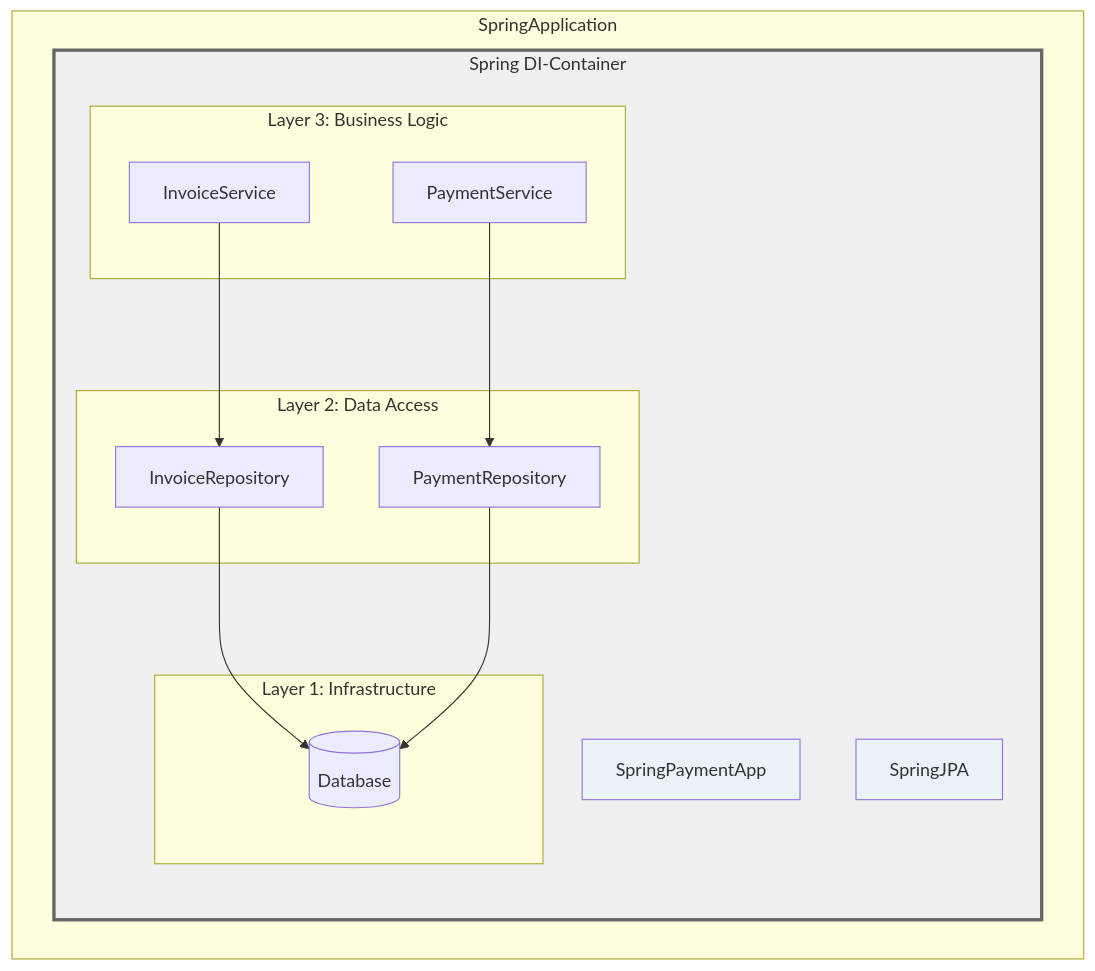
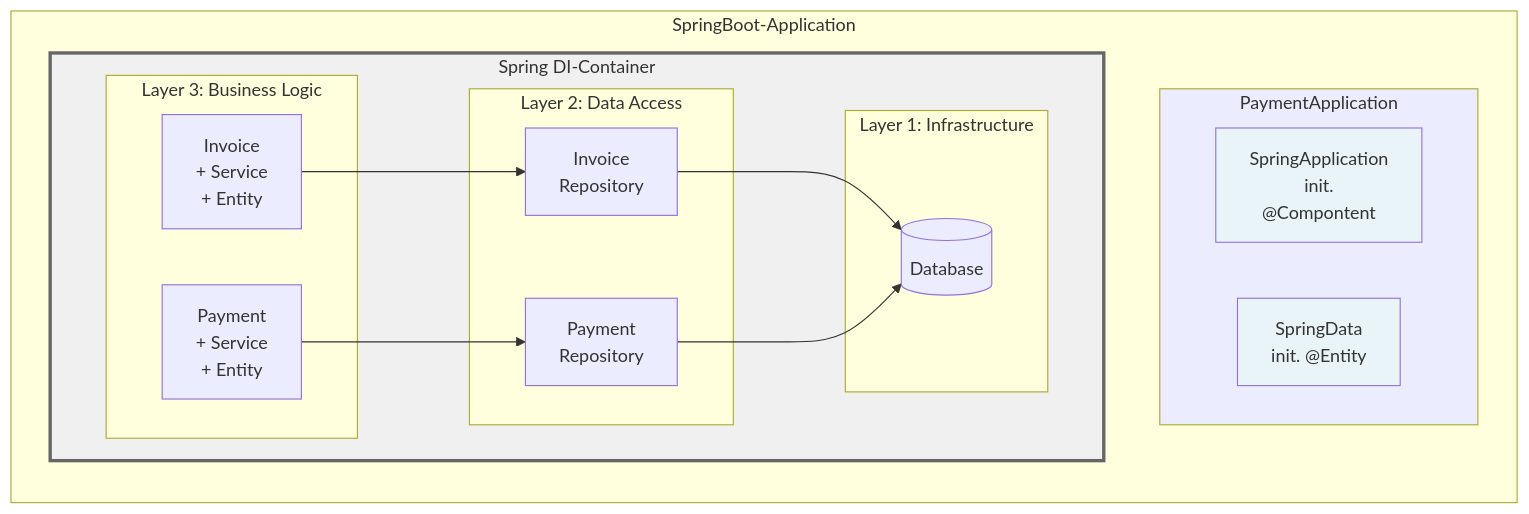
Before and after one commit to andreas-wagner-dev/object-oriented-learning-journey: the first of 4 diagrams in blog/_draft/000_notes.md, drawn with Mermaid. The commit also changed other lines of this file, not shown here.

````diff
--- a/blog/_draft/000_notes.md
+++ b/blog/_draft/000_notes.md
@@ -17,36 +17,40 @@
 ```mermaid
-graph TB
+graph LR
 
-    subgraph Spring["SpringApplication"]
+    subgraph LR Spring["SpringBoot-Application"]
+
+        subgraph Magic["PaymentApplication"]
+            App["SpringApplication<br>init.<br/>@Compontent"]
+            ORM["SpringData<br>init. @Entity"]
+        end
 
         subgraph Container["Spring DI-Container"]
 
-            App[SpringPaymentApp]
-            ORM[SpringJPA]
-            
             subgraph L3["Layer 3: Business Logic"]
-                Invoice[InvoiceService]
-                Payment[PaymentService]
+                Invoice["Invoice<br/>+ Service<br/>+ Entity"]
+                Payment["Payment<br/>+ Service<br/>+ Entity"]
             end
-            
+
             subgraph L2["Layer 2: Data Access"]
-                InvoiceRepo[InvoiceRepository]
-                PaymentRepo[PaymentRepository]
+                InvoiceRepo[Invoice<br/>Repository]
+                PaymentRepo[Payment<br/>Repository]
             end
-            
+
             subgraph L1["Layer 1: Infrastructure"]
                 DB[(Database)]
             end
+
         end
 
     end
-    
+
     Invoice --> InvoiceRepo
     Payment --> PaymentRepo
     InvoiceRepo --> DB
     PaymentRepo --> DB
 
+    style Magic fill:#ececff
     style App fill:#e8f4f8
-    style ORM fill:#e8f4f8 
+    style ORM fill:#e8f4f8
     style Container fill:#f0f0f0,stroke:#666,stroke-width:3px
 ```
````
